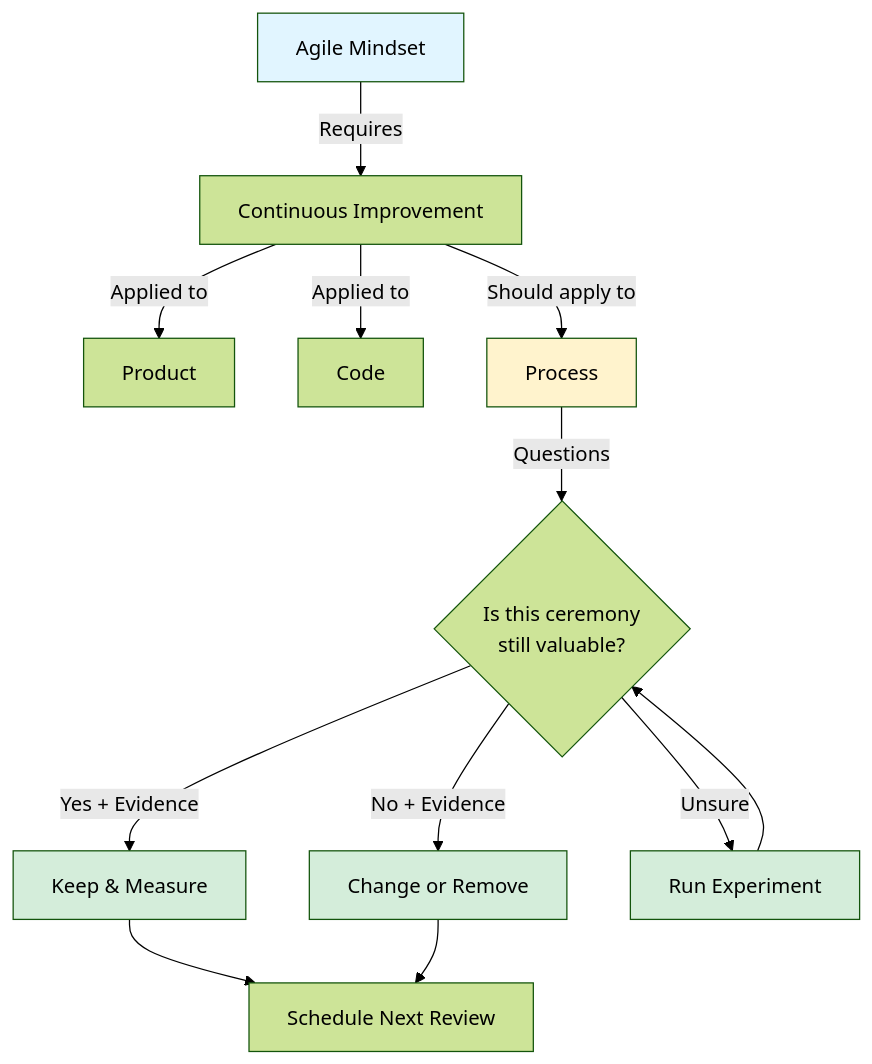
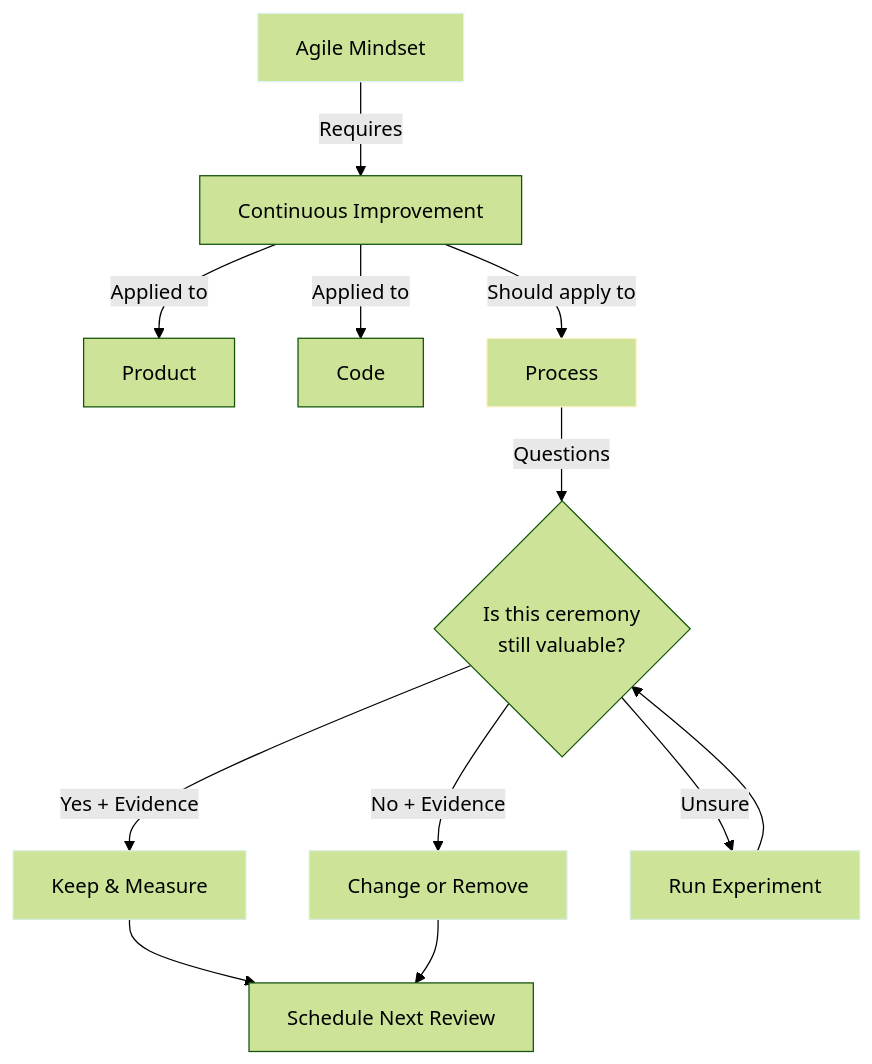
The sixth of 6 diagrams in Mostlylucid/Markdown/agile-standups-ceremony-tax.md (Shaddix/mostlylucidweb), drawn with Mermaid (forest theme) before and after one commit. The commit also changed other lines of this file, not shown here.

First line of the commit message:
fix: update Mermaid diagrams to use stroke instead of fill for dark mode compatibility

````diff
--- a/Mostlylucid/Markdown/agile-standups-ceremony-tax.md
+++ b/Mostlylucid/Markdown/agile-standups-ceremony-tax.md
@@ -384,22 +384,22 @@
 ```mermaid
 graph TD
     A[Agile Mindset] -->|Requires| B[Continuous Improvement]
     B -->|Applied to| C[Product]
     B -->|Applied to| D[Code]
     B -->|Should apply to| E[Process]
 
     E -->|Questions| F{Is this ceremony<br/>still valuable?}
     F -->|Yes + Evidence| G[Keep & Measure]
     F -->|No + Evidence| H[Change or Remove]
     F -->|Unsure| I[Run Experiment]
 
     G --> J[Schedule Next Review]
     H --> J
     I --> F
 
-    style A fill:#e1f5ff
-    style E fill:#fff3cd
-    style G fill:#d4edda
-    style H fill:#d4edda
-    style I fill:#d4edda
+    style A stroke:#e1f5ff
+    style E stroke:#fff3cd
+    style G stroke:#d4edda
+    style H stroke:#d4edda
+    style I stroke:#d4edda
 ```
````
